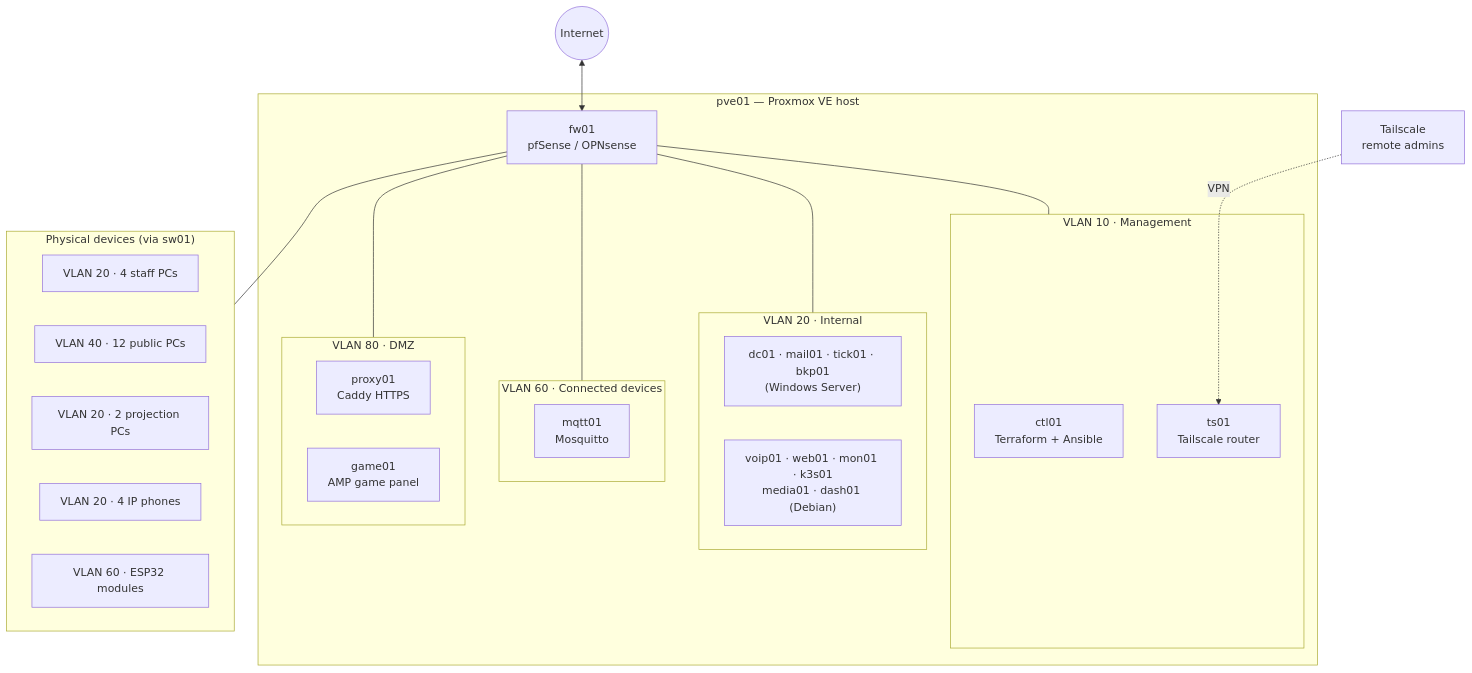
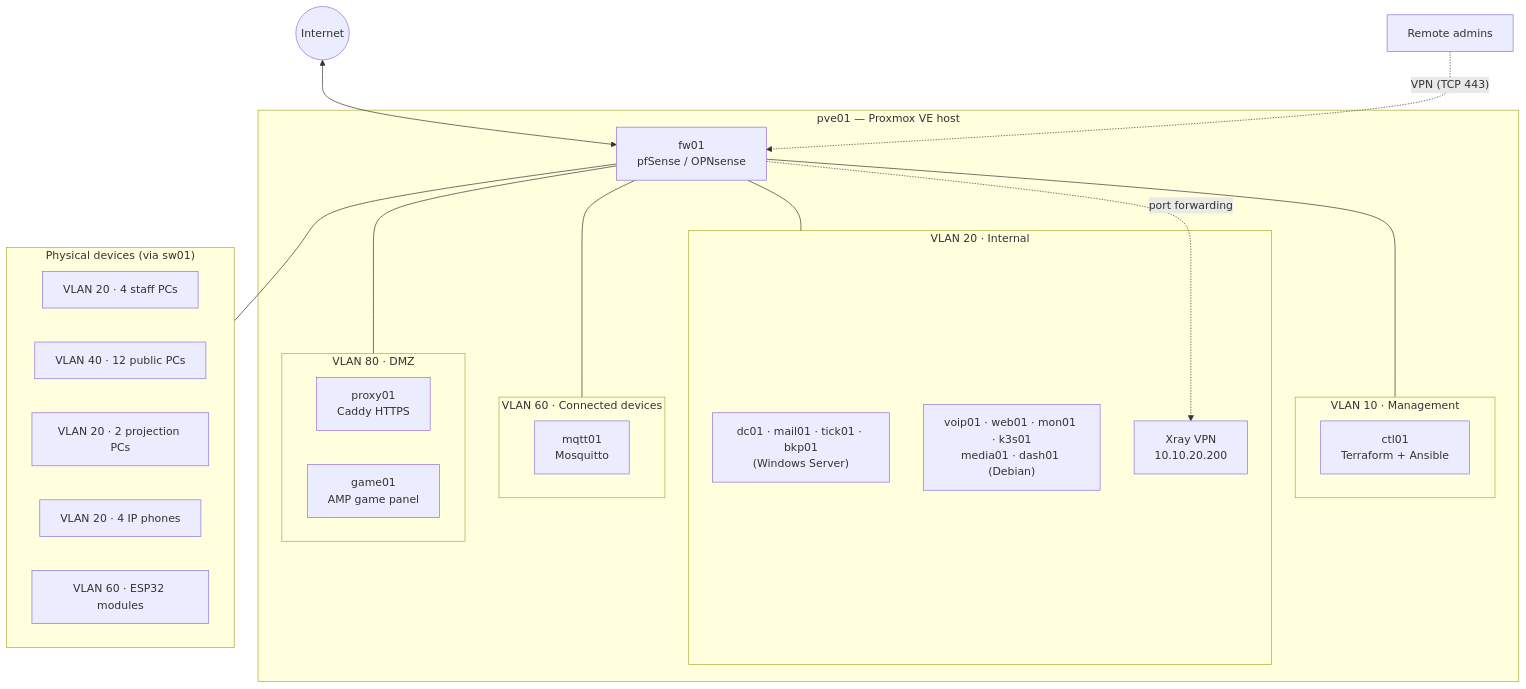
One commit to Keystone-Core/entertainment-center-infra changed the diagram in README.md. Above: the diagram before and after it, drawn with Mermaid. The commit also changed other lines of this file and 2 other files, not shown here.

First line of the commit message:
docs: replace Tailscale with the Xray VPN

````diff
--- a/README.md
+++ b/README.md
@@ -20,37 +20,38 @@
 ```mermaid
 flowchart TB
     internet((Internet))
-    ts[Tailscale<br>remote admins]
+    admins[Remote admins]
 
     subgraph pve01["pve01 — Proxmox VE host"]
         fw01["fw01<br>pfSense / OPNsense"]
         subgraph mgmt["VLAN 10 · Management"]
             ctl01[ctl01<br>Terraform + Ansible]
-            ts01[ts01<br>Tailscale router]
         end
         subgraph srv["VLAN 20 · Internal"]
             win["dc01 · mail01 · tick01 · bkp01<br>(Windows Server)"]
             lin["voip01 · web01 · mon01 · k3s01<br>media01 · dash01 (Debian)"]
+            vpn[Xray VPN<br>10.10.20.200]
         end
         subgraph iot["VLAN 60 · Connected devices"]
             mqtt01[mqtt01<br>Mosquitto]
         end
         subgraph dmz["VLAN 80 · DMZ"]
             proxy01[proxy01<br>Caddy HTTPS]
             game01[game01<br>AMP game panel]
         end
     end
 
     subgraph lan["Physical devices (via sw01)"]
         staff[VLAN 20 · 4 staff PCs]
         pub[VLAN 40 · 12 public PCs]
         rooms[VLAN 20 · 2 projection PCs]
         phones[VLAN 20 · 4 IP phones]
         esp[VLAN 60 · ESP32 modules]
     end
 
     internet <--> fw01
-    ts -. VPN .-> ts01
+    admins -. "VPN (TCP 443)" .-> fw01
+    fw01 -. port forwarding .-> vpn
     fw01 --- mgmt & srv & iot & dmz
     fw01 --- lan
 ```
````
